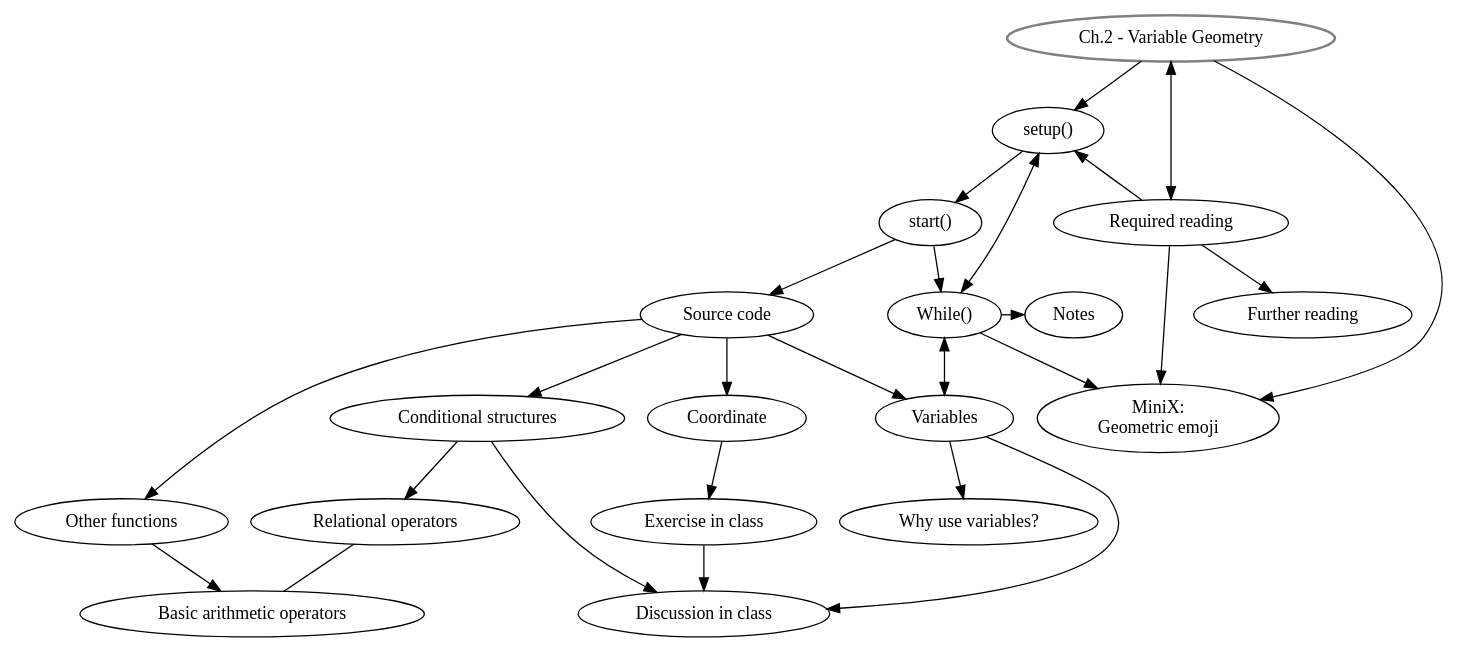
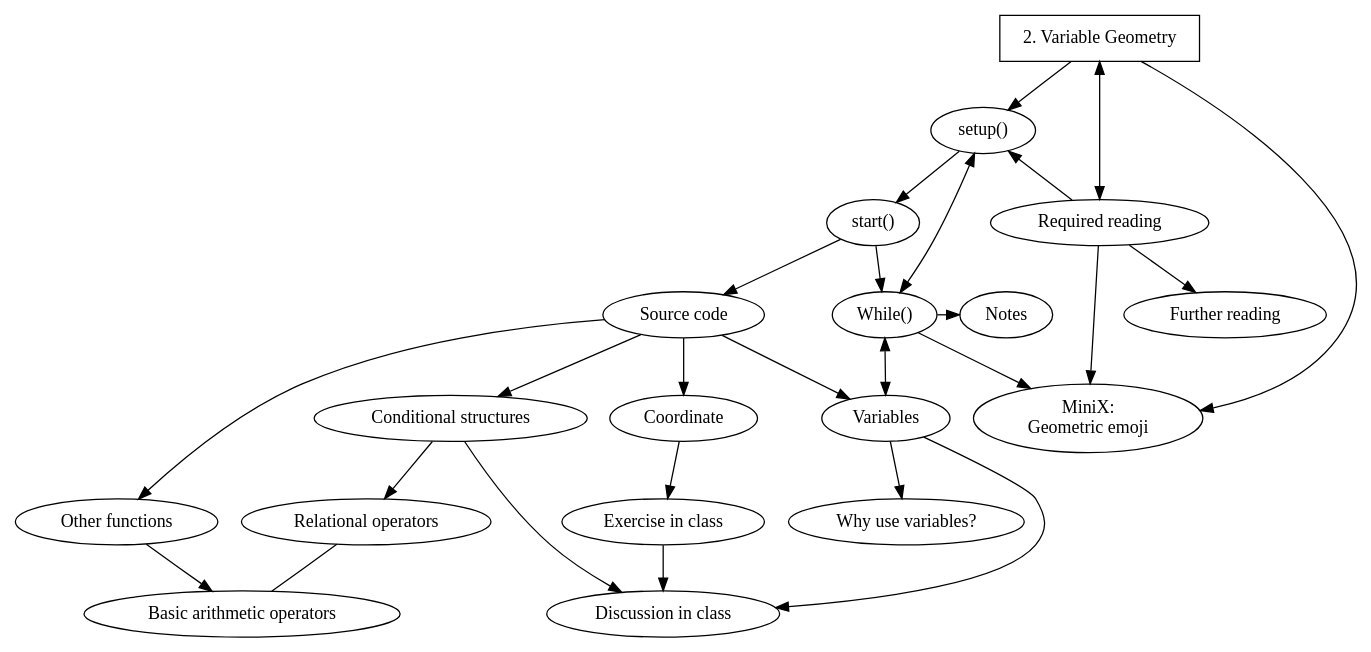
The diagram in graphviz/AP_ch2.dot (danbz/aesthetic-programming), drawn with Graphviz before and after one commit. The commit also changed 35 other files, not shown here.

Commit message:
graphviz

```diff
--- a/graphviz/AP_ch2.dot
+++ b/graphviz/AP_ch2.dot
@@ -1,47 +1,51 @@
 digraph G {
+
+node[fontname="Hershey-Noailles-help-me"]
+
 //labels
 GS [
-label="Ch.2 - Variable Geometry",
+label="2. Variable Geometry",
 style=bold,
-color=grey,
+shape=rectangle,
+penwidth="1pt"
 ]
 
 SU [label="setup()"]
 ST [label="start()"]
 SC [label="Source code"]
 CO [label="Coordinate"]
 EiC [label="Exercise in class"]
 VB [label="Variables"]
 YVB [label="Why use variables?"]
 OF [label="Other functions"]
 BAO [label="Basic arithmetic operators"]
 CS [label="Conditional structures"]
 RO [label="Relational operators"]
 DiC [label="Discussion in class"]
 MW [label="While()"]
 MX [label="MiniX: \nGeometric emoji"]
 RR [label="Required reading"]
 FR [label="Further reading"]
 Notes [label="Notes"]
 
 //rank
 {rank = same; MW, Notes}
 {rank = same; ST, RR}
 
 //graph
 GS -> MX;
 GS -> RR[dir=both];
 SU -> MW [dir=both];
 MW -> VB[dir=both];
 RO -> BAO[dir=none];
 GS -> SU -> ST -> SC;
 SC -> CO -> EiC;
 SC -> VB -> YVB;
 SC -> OF -> BAO;
 SC -> CS -> RO;
 EiC, VB, CS -> DiC;
 ST -> MW -> Notes;
 MW -> MX;
 RR -> MX, SU;
 RR -> FR;
 }
```
